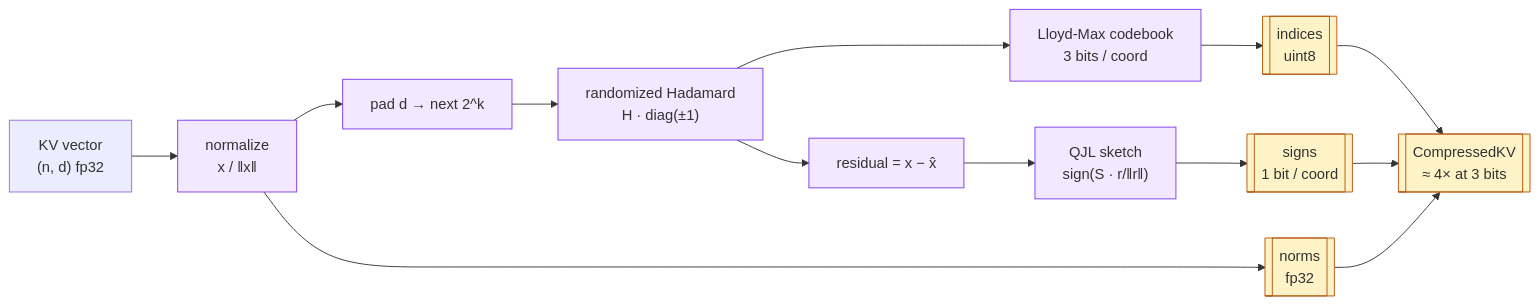
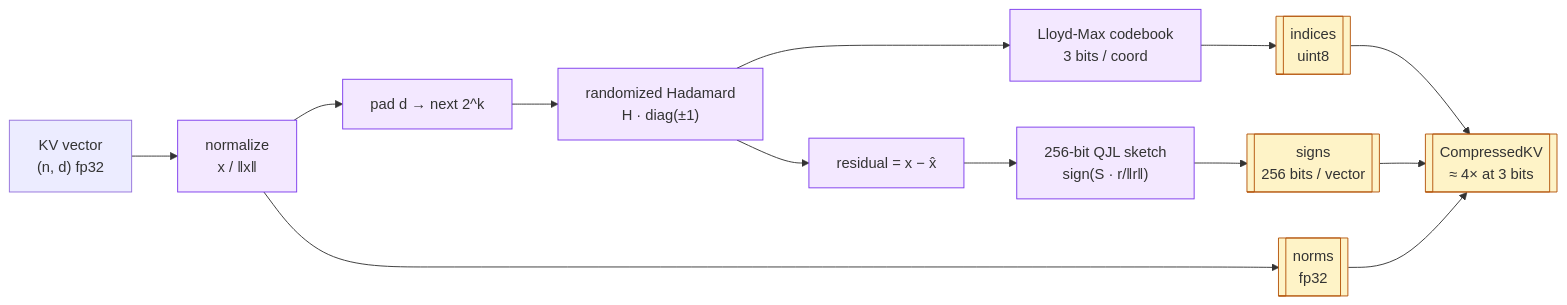
One commit to ndg8743/ScuffedRDMA changed the third of 3 diagrams in README.md. Above: the diagram before and after it, drawn with Mermaid. The commit also changed other lines of this file and 1 other file, not shown here.

First line of the commit message:
readme: reflect updates 6-7, references ranking, current plan and timeline

````diff
--- a/README.md
+++ b/README.md
@@ -87,20 +87,20 @@
 ```mermaid
 flowchart LR
     IN["KV vector<br/>(n, d) fp32"] --> N1[normalize<br/>x / ‖x‖]
     N1 --> PAD[pad d → next 2^k]
     PAD --> ROT["randomized Hadamard<br/>H · diag(±1)"]
     ROT --> QZ["Lloyd-Max codebook<br/>3 bits / coord"]
     QZ --> IDX[["indices<br/>uint8"]]
     ROT --> RES[residual = x − x̂]
-    RES --> QJL["QJL sketch<br/>sign(S · r/‖r‖)"]
-    QJL --> SIG[["signs<br/>1 bit / coord"]]
+    RES --> QJL["256-bit QJL sketch<br/>sign(S · r/‖r‖)"]
+    QJL --> SIG[["signs<br/>256 bits / vector"]]
     IDX --> OUT[["CompressedKV<br/>≈ 4× at 3 bits"]]
     SIG --> OUT
     N1 --> NRM[["norms<br/>fp32"]]
     NRM --> OUT
 
     classDef stage fill:#f3e8ff,stroke:#7c3aed,stroke-width:1px
     classDef art fill:#fef3c7,stroke:#b45309,stroke-width:1px
     class N1,PAD,ROT,QZ,RES,QJL stage
     class IDX,SIG,NRM,OUT art
 ```
````
